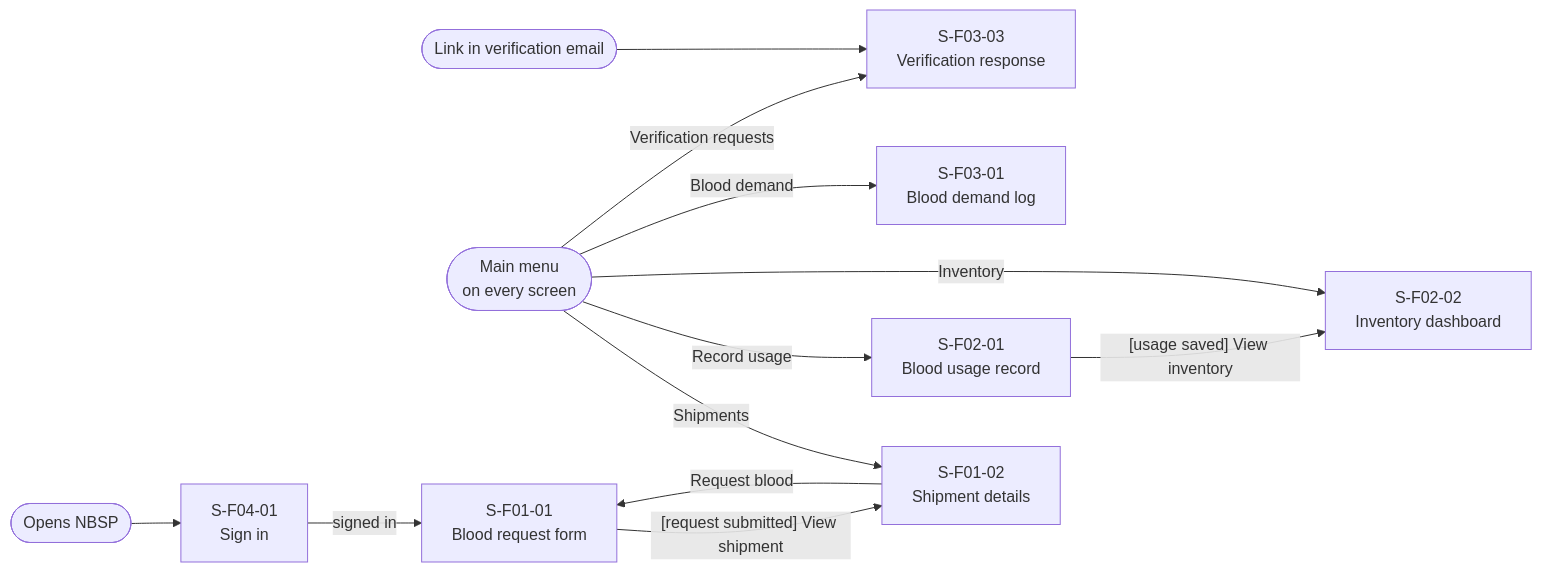
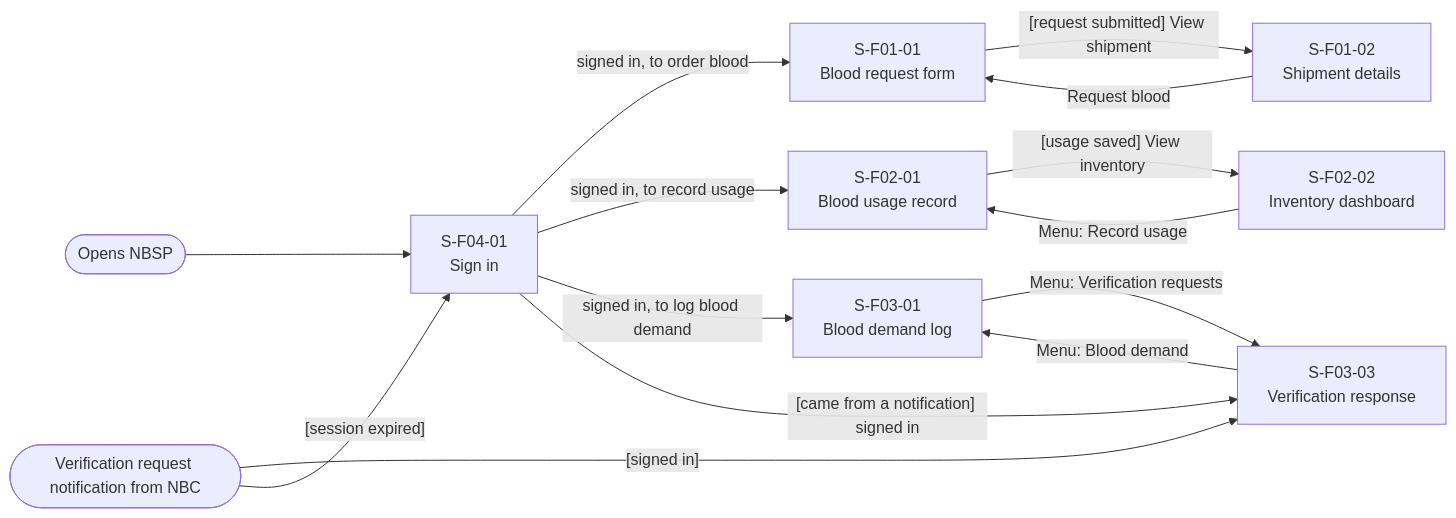
The first of 4 diagrams in external-design/screen-transition/screen-transition.md (Nhan2772/DBIZ2-GROUPC-NationalBloodSupplyPlatform), drawn with Mermaid before and after one commit. The commit also changed other lines of this file, not shown here.

````diff
--- a/external-design/screen-transition/screen-transition.md
+++ b/external-design/screen-transition/screen-transition.md
@@ -9,24 +9,25 @@
 ```mermaid
 flowchart LR
   entry(["Opens NBSP"])
-  mail(["Link in verification email"])
-  nav(["Main menu<br>on every screen"])
-  S00_01["S-F04-01<br>Sign in"]
+  notif(["Verification request notification from NBC"])
+  S04_01["S-F04-01<br>Sign in"]
   S01_01["S-F01-01<br>Blood request form"]
   S01_02["S-F01-02<br>Shipment details"]
   S02_01["S-F02-01<br>Blood usage record"]
   S02_02["S-F02-02<br>Inventory dashboard"]
   S03_01["S-F03-01<br>Blood demand log"]
   S03_03["S-F03-03<br>Verification response"]
-  entry --> S00_01
-  S00_01 -->|"signed in"| S01_01
+  entry --> S04_01
+  S04_01 -->|"signed in, to order blood"| S01_01
+  S04_01 -->|"signed in, to record usage"| S02_01
+  S04_01 -->|"signed in, to log blood demand"| S03_01
   S01_01 -->|"[request submitted] View shipment"| S01_02
   S01_02 -->|"Request blood"| S01_01
-  nav -->|"Shipments"| S01_02
-  nav -->|"Record usage"| S02_01
-  nav -->|"Inventory"| S02_02
-  nav -->|"Blood demand"| S03_01
-  nav -->|"Verification requests"| S03_03
   S02_01 -->|"[usage saved] View inventory"| S02_02
-  mail --> S03_03
+  S02_02 -->|"Menu: Record usage"| S02_01
+  S03_01 -->|"Menu: Verification requests"| S03_03
+  S03_03 -->|"Menu: Blood demand"| S03_01
+  notif -->|"[signed in]"| S03_03
+  notif -->|"[session expired]"| S04_01
+  S04_01 -->|"[came from a notification] signed in"| S03_03
 ```
````
